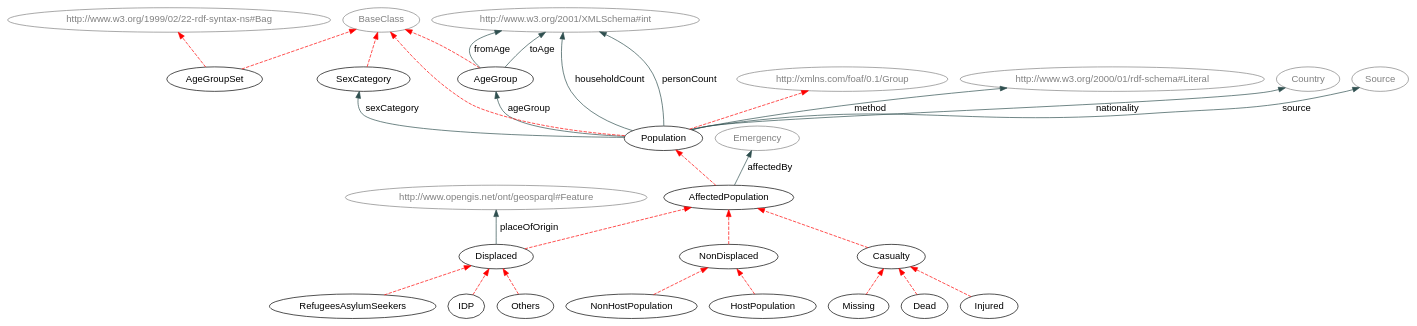
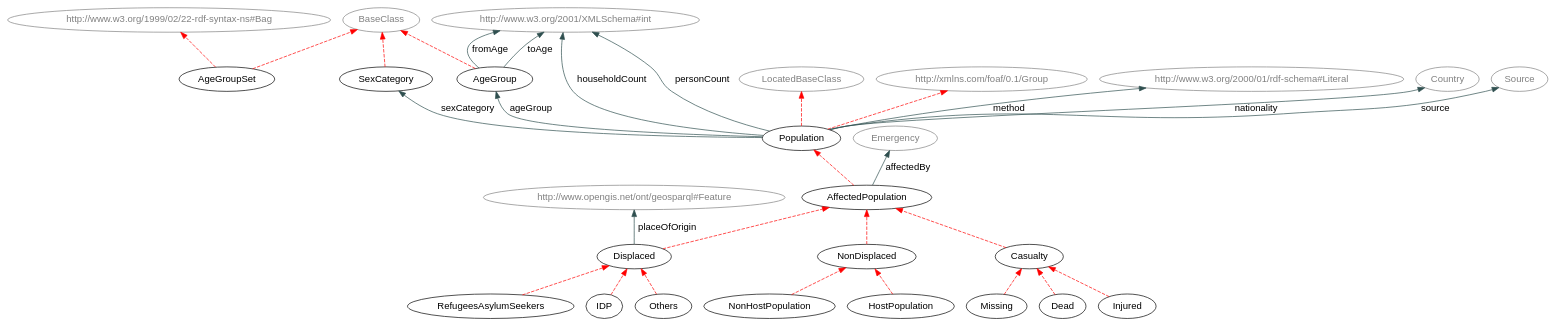
The diagram in Tools/humanitarianProfileSection.dot (hxl-team/HXL-Vocab), drawn with Graphviz before and after one commit. The commit also changed 20 other files, not shown here.

First line of the commit message:
Cardinality restrictions and hxl:LocatedBaseClass added

```diff
--- a/Tools/humanitarianProfileSection.dot
+++ b/Tools/humanitarianProfileSection.dot
@@ -1,69 +1,69 @@
 digraph { 
  rankdir="BT";	
  charset="utf-8";
  overlap=false;
  edge [color=darkslategray];
  edge [fontname=Helvetica];
  node [fontname=Helvetica];
 
 "AffectedPopulation" [ URL = "./#AffectedPopulation"] ;
 		"AffectedPopulation" -> "Population" [ color=red style="dashed" ]; 
 			"AgeGroup" [ URL = "./#AgeGroup"] ;
 		"BaseClass" [ URL = "./#AgeGroup" color="gray" fontcolor="gray"] ;
 				"AgeGroup" -> "BaseClass" [ color=red style="dashed" ]; 
 			"AgeGroupSet" [ URL = "./#AgeGroupSet"] ;
 		"BaseClass" [ URL = "./#AgeGroupSet" color="gray" fontcolor="gray"] ;
 				"AgeGroupSet" -> "BaseClass" [ color=red style="dashed" ]; 
 			"http://www.w3.org/1999/02/22-rdf-syntax-ns#Bag" [ URL = "./#AgeGroupSet" color="gray" fontcolor="gray"] ;
 				"AgeGroupSet" -> "http://www.w3.org/1999/02/22-rdf-syntax-ns#Bag" [ color=red style="dashed" ]; 
 			"Casualty" [ URL = "./#Casualty"] ;
 		"Casualty" -> "AffectedPopulation" [ color=red style="dashed" ]; 
 			"Dead" [ URL = "./#Dead"] ;
 		"Dead" -> "Casualty" [ color=red style="dashed" ]; 
 			"Displaced" [ URL = "./#Displaced"] ;
 		"Displaced" -> "AffectedPopulation" [ color=red style="dashed" ]; 
 			"HostPopulation" [ URL = "./#HostPopulation"] ;
 		"HostPopulation" -> "NonDisplaced" [ color=red style="dashed" ]; 
 			"IDP" [ URL = "./#IDP"] ;
 		"IDP" -> "Displaced" [ color=red style="dashed" ]; 
 			"Injured" [ URL = "./#Injured"] ;
 		"Injured" -> "Casualty" [ color=red style="dashed" ]; 
 			"Missing" [ URL = "./#Missing"] ;
 		"Missing" -> "Casualty" [ color=red style="dashed" ]; 
 			"NonDisplaced" [ URL = "./#NonDisplaced"] ;
 		"NonDisplaced" -> "AffectedPopulation" [ color=red style="dashed" ]; 
 			"NonHostPopulation" [ URL = "./#NonHostPopulation"] ;
 		"NonHostPopulation" -> "NonDisplaced" [ color=red style="dashed" ]; 
 			"Others" [ URL = "./#Others"] ;
 		"Others" -> "Displaced" [ color=red style="dashed" ]; 
 			"Population" [ URL = "./#Population"] ;
-		"BaseClass" [ URL = "./#Population" color="gray" fontcolor="gray"] ;
-				"Population" -> "BaseClass" [ color=red style="dashed" ]; 
+		"LocatedBaseClass" [ URL = "./#Population" color="gray" fontcolor="gray"] ;
+				"Population" -> "LocatedBaseClass" [ color=red style="dashed" ]; 
 			"http://xmlns.com/foaf/0.1/Group" [ URL = "./#Population" color="gray" fontcolor="gray"] ;
 				"Population" -> "http://xmlns.com/foaf/0.1/Group" [ color=red style="dashed" ]; 
 			"RefugeesAsylumSeekers" [ URL = "./#RefugeesAsylumSeekers"] ;
 		"RefugeesAsylumSeekers" -> "Displaced" [ color=red style="dashed" ]; 
 			"SexCategory" [ URL = "./#SexCategory"] ;
 		"BaseClass" [ URL = "./#SexCategory" color="gray" fontcolor="gray"] ;
 				"SexCategory" -> "BaseClass" [ color=red style="dashed" ]; 
 			"Emergency" [ URL = "./#Emergency" color="gray" fontcolor="gray"] ;
 					"AffectedPopulation" -> "Emergency" [ label="affectedBy" URL = "./#affectedBy"]; 
 				"Population" -> "AgeGroup" [ label="ageGroup" URL = "./#ageGroup"]; 
 				"http://www.w3.org/2001/XMLSchema#int" [ URL = "./#http://www.w3.org/2001/XMLSchema#int" color="gray" fontcolor="gray"] ;
 					"AgeGroup" -> "http://www.w3.org/2001/XMLSchema#int" [ label="fromAge" URL = "./#fromAge"]; 
 				"http://www.w3.org/2001/XMLSchema#int" [ URL = "./#http://www.w3.org/2001/XMLSchema#int" color="gray" fontcolor="gray"] ;
 					"Population" -> "http://www.w3.org/2001/XMLSchema#int" [ label="householdCount" URL = "./#householdCount"]; 
 				"http://www.w3.org/2000/01/rdf-schema#Literal" [ URL = "./#http://www.w3.org/2000/01/rdf-schema#Literal" color="gray" fontcolor="gray"] ;
 					"Population" -> "http://www.w3.org/2000/01/rdf-schema#Literal" [ label="method" URL = "./#method"]; 
 				"Country" [ URL = "./#Country" color="gray" fontcolor="gray"] ;
 					"Population" -> "Country" [ label="nationality" URL = "./#nationality"]; 
 				"http://www.w3.org/2001/XMLSchema#int" [ URL = "./#http://www.w3.org/2001/XMLSchema#int" color="gray" fontcolor="gray"] ;
 					"Population" -> "http://www.w3.org/2001/XMLSchema#int" [ label="personCount" URL = "./#personCount"]; 
 				"http://www.opengis.net/ont/geosparql#Feature" [ URL = "./#http://www.opengis.net/ont/geosparql#Feature" color="gray" fontcolor="gray"] ;
 					"Displaced" -> "http://www.opengis.net/ont/geosparql#Feature" [ label="placeOfOrigin" URL = "./#placeOfOrigin"]; 
 				"Population" -> "SexCategory" [ label="sexCategory" URL = "./#sexCategory"]; 
 				"Source" [ URL = "./#Source" color="gray" fontcolor="gray"] ;
 					"Population" -> "Source" [ label="source" URL = "./#source"]; 
 				"http://www.w3.org/2001/XMLSchema#int" [ URL = "./#http://www.w3.org/2001/XMLSchema#int" color="gray" fontcolor="gray"] ;
 					"AgeGroup" -> "http://www.w3.org/2001/XMLSchema#int" [ label="toAge" URL = "./#toAge"]; 
 				}
```
